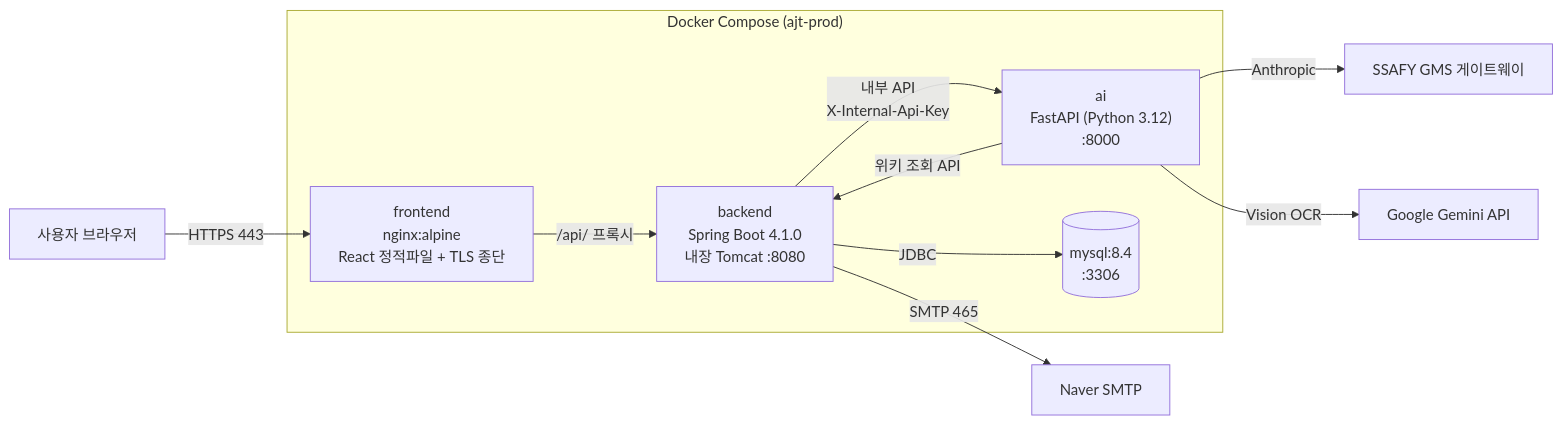
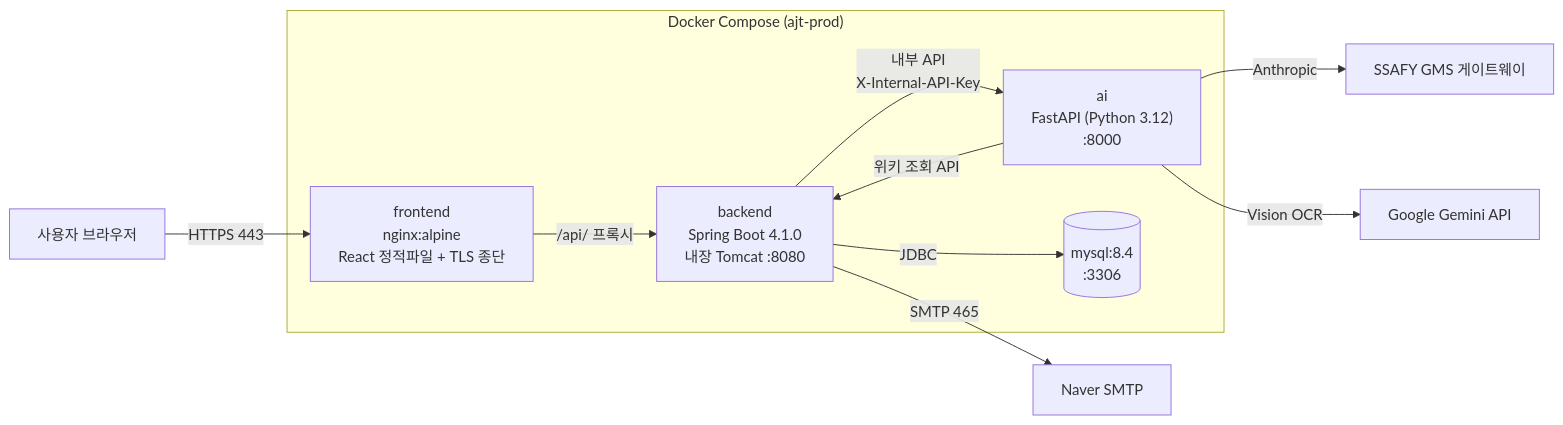
One commit to LeeSeonHyeong/document_management_platform_ajt changed the diagram in exec/README.md. Above: the diagram before and after it, drawn with Mermaid. The commit also changed 6 other files, not shown here.

````diff
--- a/exec/README.md
+++ b/exec/README.md
@@ -35,20 +35,20 @@
 ```mermaid
 flowchart LR
     U["사용자 브라우저"] -->|HTTPS 443| F
 
     subgraph D["Docker Compose (ajt-prod)"]
         F["frontend<br/>nginx:alpine<br/>React 정적파일 + TLS 종단"]
         B["backend<br/>Spring Boot 4.1.0<br/>내장 Tomcat :8080"]
         A["ai<br/>FastAPI (Python 3.12)<br/>:8000"]
         M[("mysql:8.4<br/>:3306")]
     end
 
     F -->|"/api/ 프록시"| B
-    B -->|"내부 API<br/>X-Internal-Api-Key"| A
+    B -->|"내부 API<br/>X-Internal-API-Key"| A
     B -->|JDBC| M
     A -->|"위키 조회 API"| B
 
     A -->|Anthropic| G["SSAFY GMS 게이트웨이"]
     A -->|Vision OCR| GM["Google Gemini API"]
     B -->|SMTP 465| S["Naver SMTP"]
 ```
````
